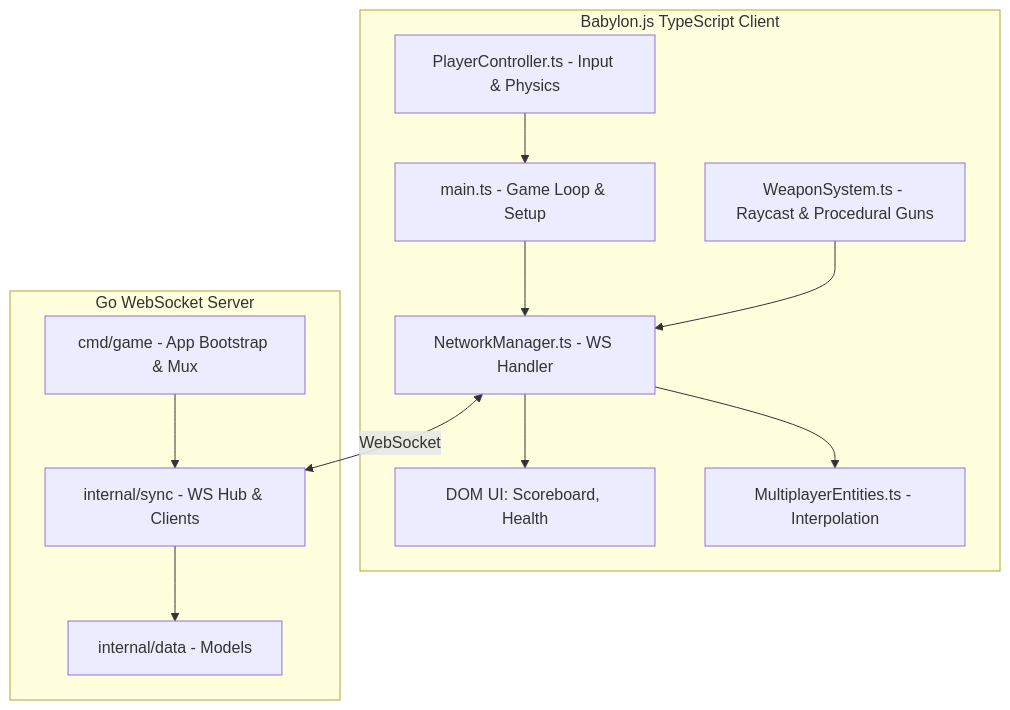
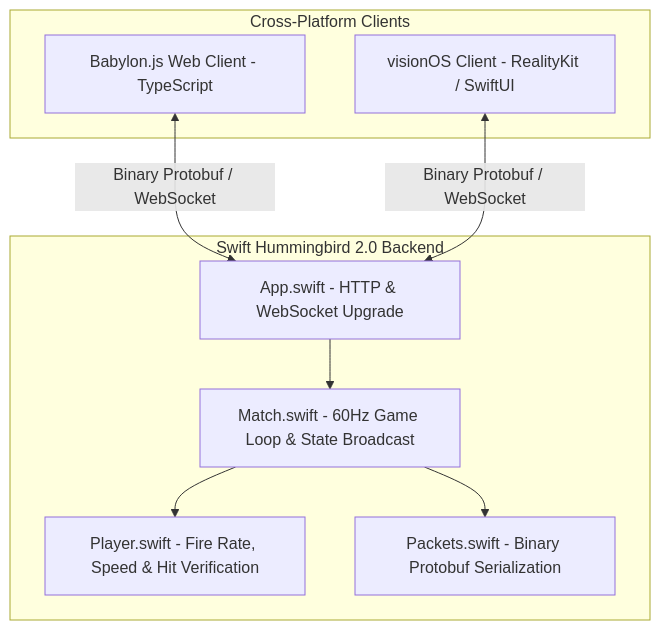
One commit to thevaidik/warbase-battle-royal changed the diagram in README.md. Above: the diagram before and after it, drawn with Mermaid. The commit also changed other lines of this file and 51 other files, not shown here.

Commit message:
chore: Remove deprecated Go server, scratch scripts, and streamline project architecture

````diff
--- a/README.md
+++ b/README.md
@@ -9,28 +11,20 @@
 ```mermaid
 graph TD
-    subgraph Client [Babylon.js TypeScript Client]
-        UI[DOM UI: Scoreboard, Health]
-        Main[main.ts - Game Loop & Setup]
-        Input[PlayerController.ts - Input & Physics]
-        Weapon[WeaponSystem.ts - Raycast & Procedural Guns]
-        NetClient[NetworkManager.ts - WS Handler]
-        Entities[MultiplayerEntities.ts - Interpolation]
-        
-        Input --> Main
-        Main --> NetClient
-        Weapon --> NetClient
-        NetClient --> Entities
-        NetClient --> UI
+    subgraph Clients [Cross-Platform Clients]
+        Web[Babylon.js Web Client - TypeScript]
+        Vision[visionOS Client - RealityKit / SwiftUI]
     end
 
-    subgraph Server [Go WebSocket Server]
-        MainGo[cmd/game - App Bootstrap & Mux]
-        Sync[internal/sync - WS Hub & Clients]
-        Data[internal/data - Models]
-        
-        MainGo --> Sync
-        Sync --> Data
+    subgraph Server [Swift Hummingbird 2.0 Backend]
+        Router[App.swift - HTTP & WebSocket Upgrade]
+        Match[Match.swift - 60Hz Game Loop & State Broadcast]
+        AntiCheat[Player.swift - Fire Rate, Speed & Hit Verification]
+        Proto[Packets.swift - Binary Protobuf Serialization]
     end
 
-    NetClient <-->|WebSocket| Sync
+    Web <-->|Binary Protobuf / WebSocket| Router
+    Vision <-->|Binary Protobuf / WebSocket| Router
+    Router --> Match
+    Match --> AntiCheat
+    Match --> Proto
 ```
````
